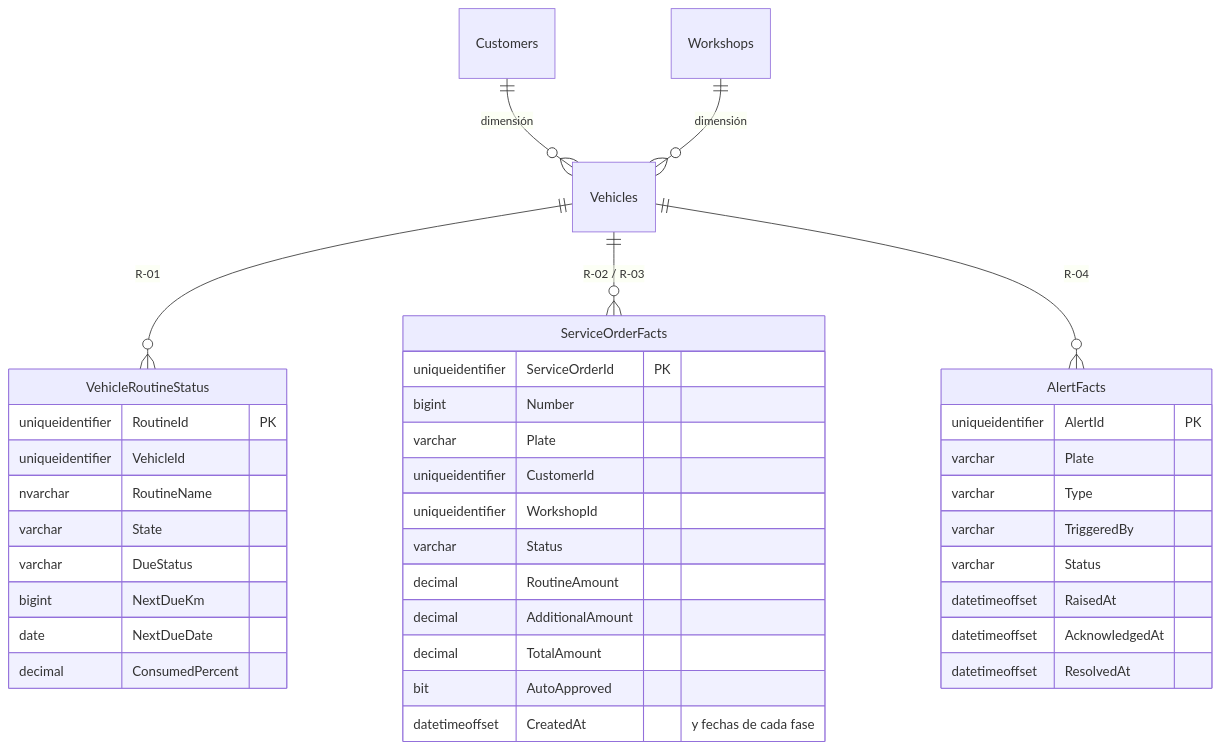
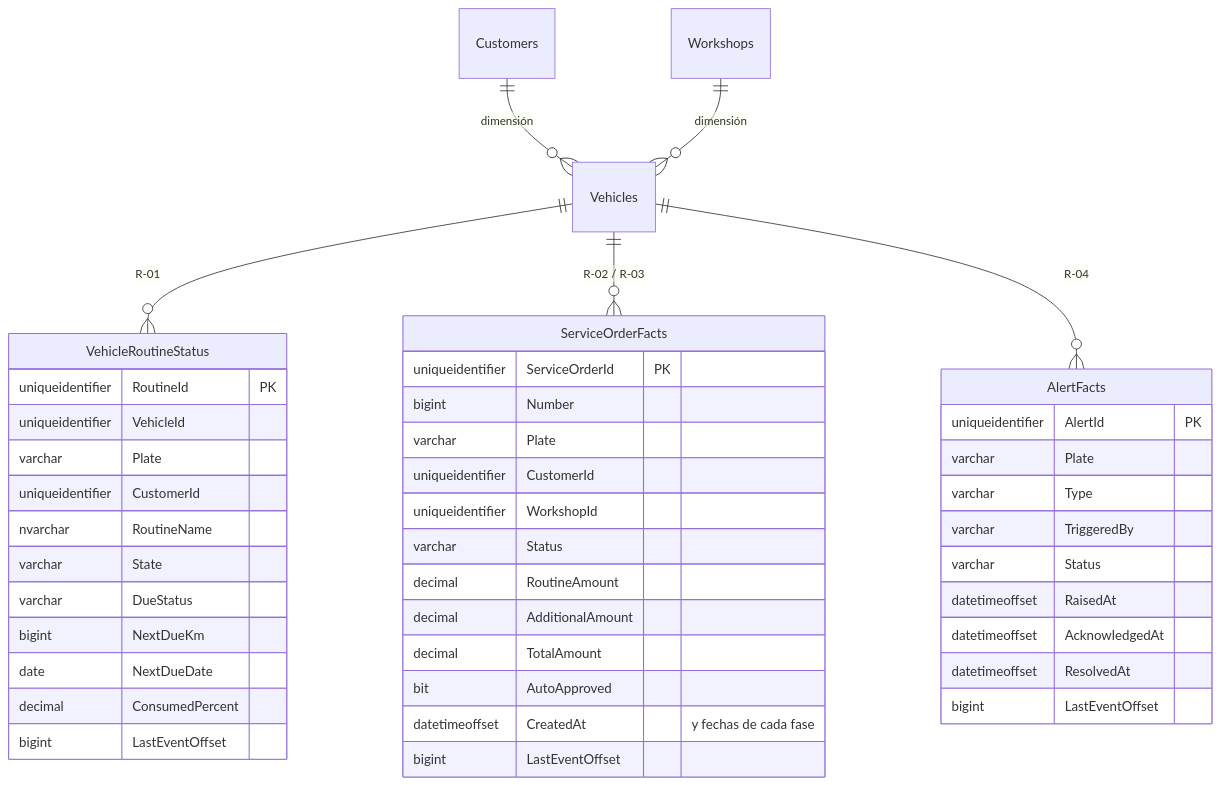
One commit to dmazo1023/rutaviva-fleet-maintenance-platform changed the eighth of 8 diagrams in docs/architecture/data-model.md. Above: the diagram before and after it, drawn with Mermaid. The commit also changed other lines of this file and 60 other files, not shown here.

````diff
--- a/docs/architecture/data-model.md
+++ b/docs/architecture/data-model.md
@@ -308,41 +356,46 @@
 ```mermaid
 erDiagram
     Customers ||--o{ Vehicles : "dimensión"
     Workshops ||--o{ Vehicles : "dimensión"
     Vehicles ||--o{ VehicleRoutineStatus : "R-01"
     Vehicles ||--o{ ServiceOrderFacts : "R-02 / R-03"
     Vehicles ||--o{ AlertFacts : "R-04"
     VehicleRoutineStatus {
         uniqueidentifier RoutineId PK
         uniqueidentifier VehicleId
+        varchar Plate
+        uniqueidentifier CustomerId
         nvarchar RoutineName
         varchar State
         varchar DueStatus
         bigint NextDueKm
         date NextDueDate
         decimal ConsumedPercent
+        bigint LastEventOffset
     }
     ServiceOrderFacts {
         uniqueidentifier ServiceOrderId PK
         bigint Number
         varchar Plate
         uniqueidentifier CustomerId
         uniqueidentifier WorkshopId
         varchar Status
         decimal RoutineAmount
         decimal AdditionalAmount
         decimal TotalAmount
         bit AutoApproved
         datetimeoffset CreatedAt "y fechas de cada fase"
+        bigint LastEventOffset
     }
     AlertFacts {
         uniqueidentifier AlertId PK
         varchar Plate
         varchar Type
         varchar TriggeredBy
         varchar Status
         datetimeoffset RaisedAt
         datetimeoffset AcknowledgedAt
         datetimeoffset ResolvedAt
+        bigint LastEventOffset
     }
 ```
````
